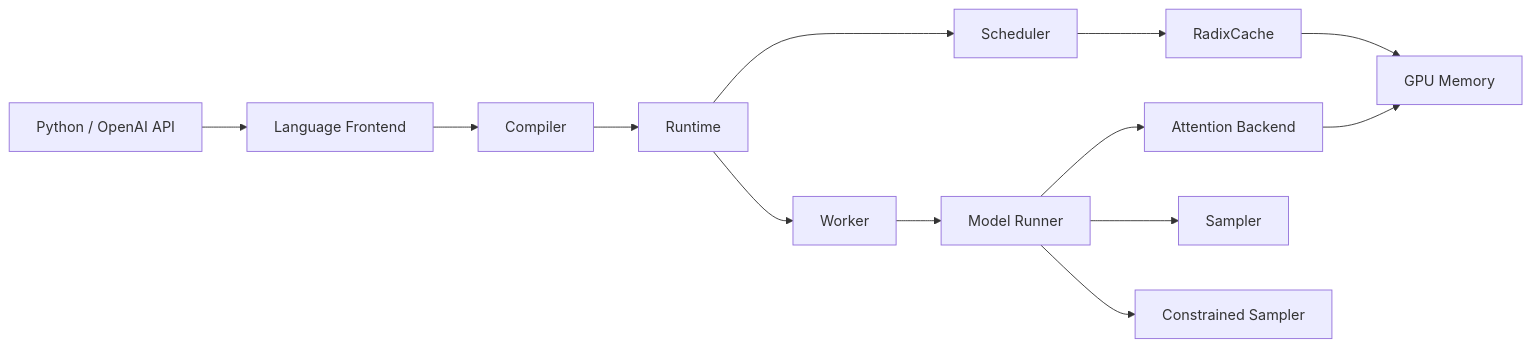
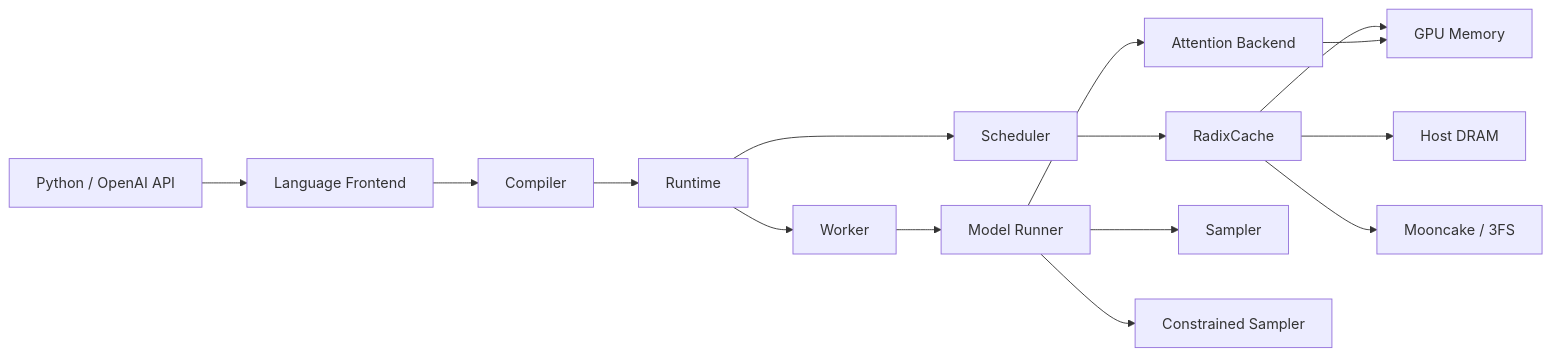
Before and after one commit to cypggs/AI_Infra_Handbook: the diagram in docs/04-llmops/sglang/05-core-modules.md, drawn with Mermaid. The commit also changed other lines of this file and 10 other files, not shown here.

````diff
--- a/docs/04-llmops/sglang/05-core-modules.md
+++ b/docs/04-llmops/sglang/05-core-modules.md
@@ -216,15 +219,17 @@
 ```mermaid
 graph LR
     API[Python / OpenAI API] --> FE[Language Frontend]
     FE --> Compiler
     Compiler --> RT[Runtime]
     RT --> Scheduler
     RT --> Worker
     Scheduler --> RC[RadixCache]
     Worker --> MR[Model Runner]
     MR --> AB[Attention Backend]
     MR --> Sampler
     MR --> CS[Constrained Sampler]
     RC --> GPU[GPU Memory]
+    RC --> Host[Host DRAM]
+    RC --> L3[Mooncake / 3FS]
     AB --> GPU
 ```
````
